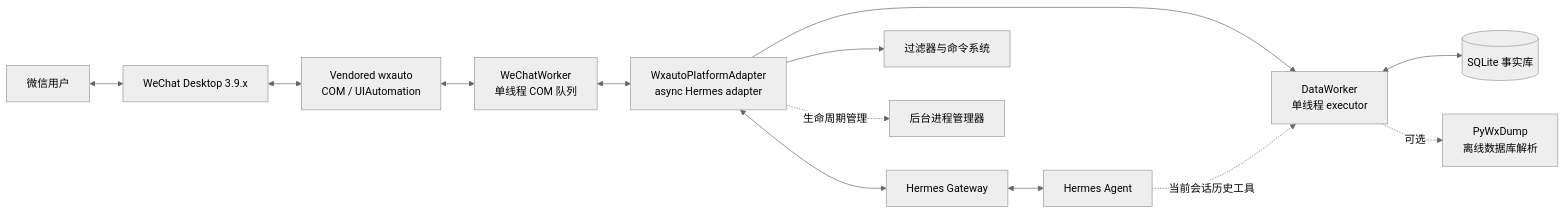
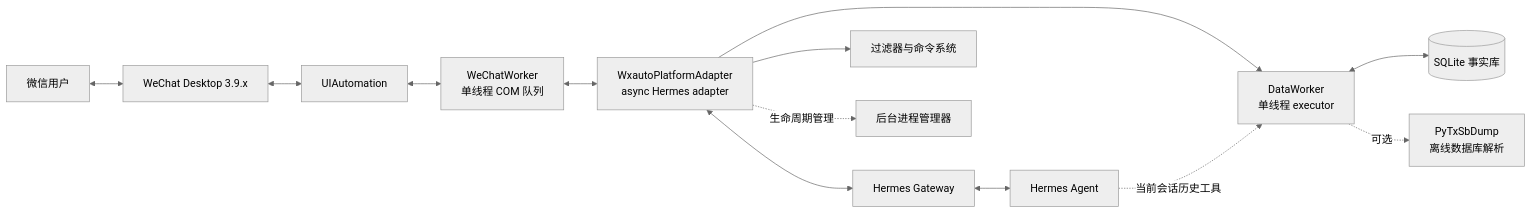
One commit to hx3357/LevitationAutomata changed the diagram in README.md. Above: the diagram before and after it, drawn with Mermaid (neutral theme). The commit also changed other lines of this file, not shown here.

````diff
--- a/README.md
+++ b/README.md
@@ -242,16 +259,16 @@
 ```mermaid
 flowchart LR
     User[微信用户] <--> WeChat[WeChat Desktop 3.9.x]
-    WeChat <--> WX[Vendored wxauto<br/>COM / UIAutomation]
+    WeChat <--> WX[UIAutomation]
     WX <--> Worker[WeChatWorker<br/>单线程 COM 队列]
     Worker <--> Adapter[WxautoPlatformAdapter<br/>async Hermes adapter]
     Adapter <--> Gateway[Hermes Gateway]
     Gateway <--> Agent[Hermes Agent]
 
     Adapter --> Filter[过滤器与命令系统]
     Adapter --> DataWorker[DataWorker<br/>单线程 executor]
     DataWorker <--> SQLite[(SQLite 事实库)]
-    DataWorker -.可选.-> PyWxDump[PyWxDump<br/>离线数据库解析]
+    DataWorker -.可选.-> PyTxSbDump[PyTxSbDump<br/>离线数据库解析]
     Agent -.当前会话历史工具.-> DataWorker
     Adapter -.生命周期管理.-> Processes[后台进程管理器]
 ```
````
